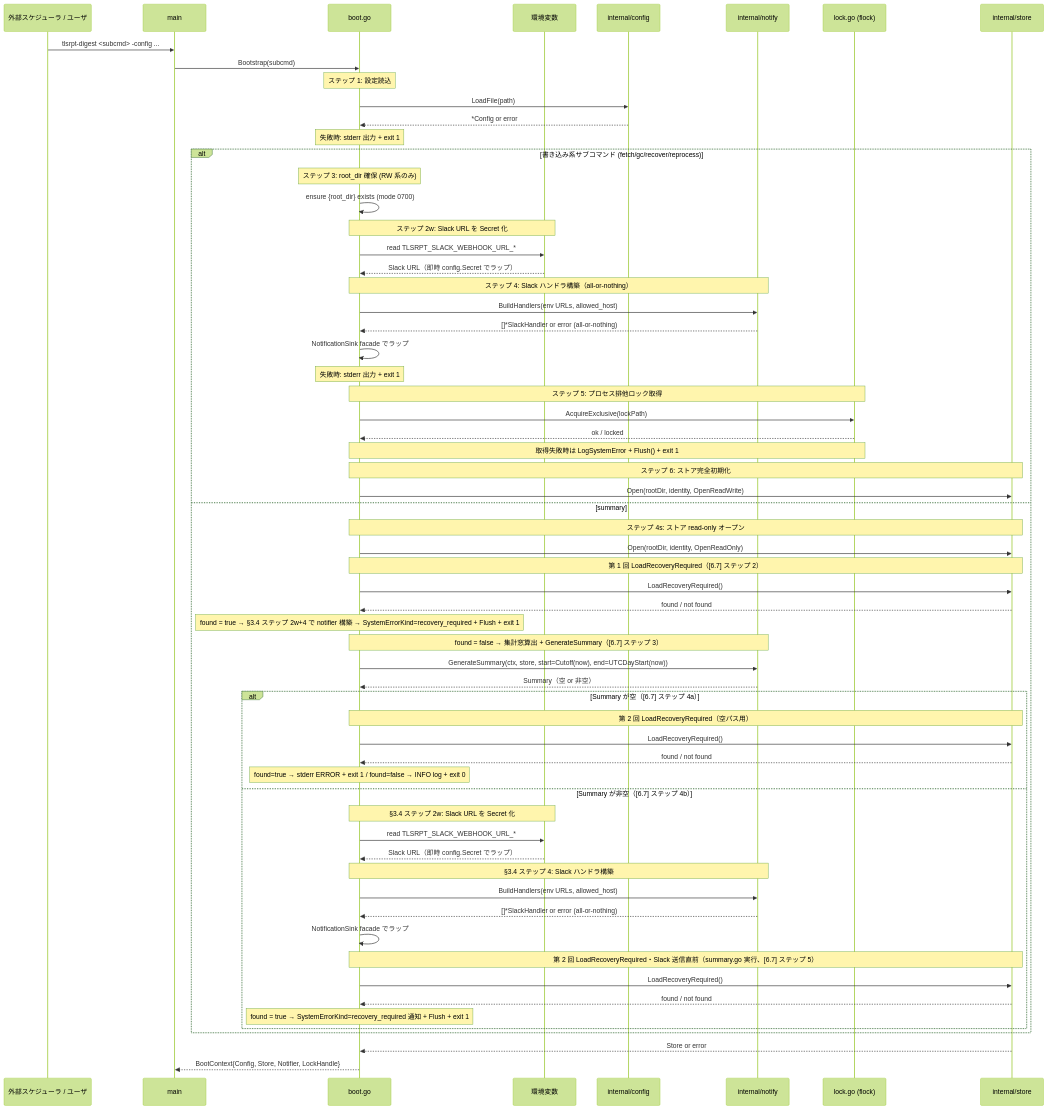
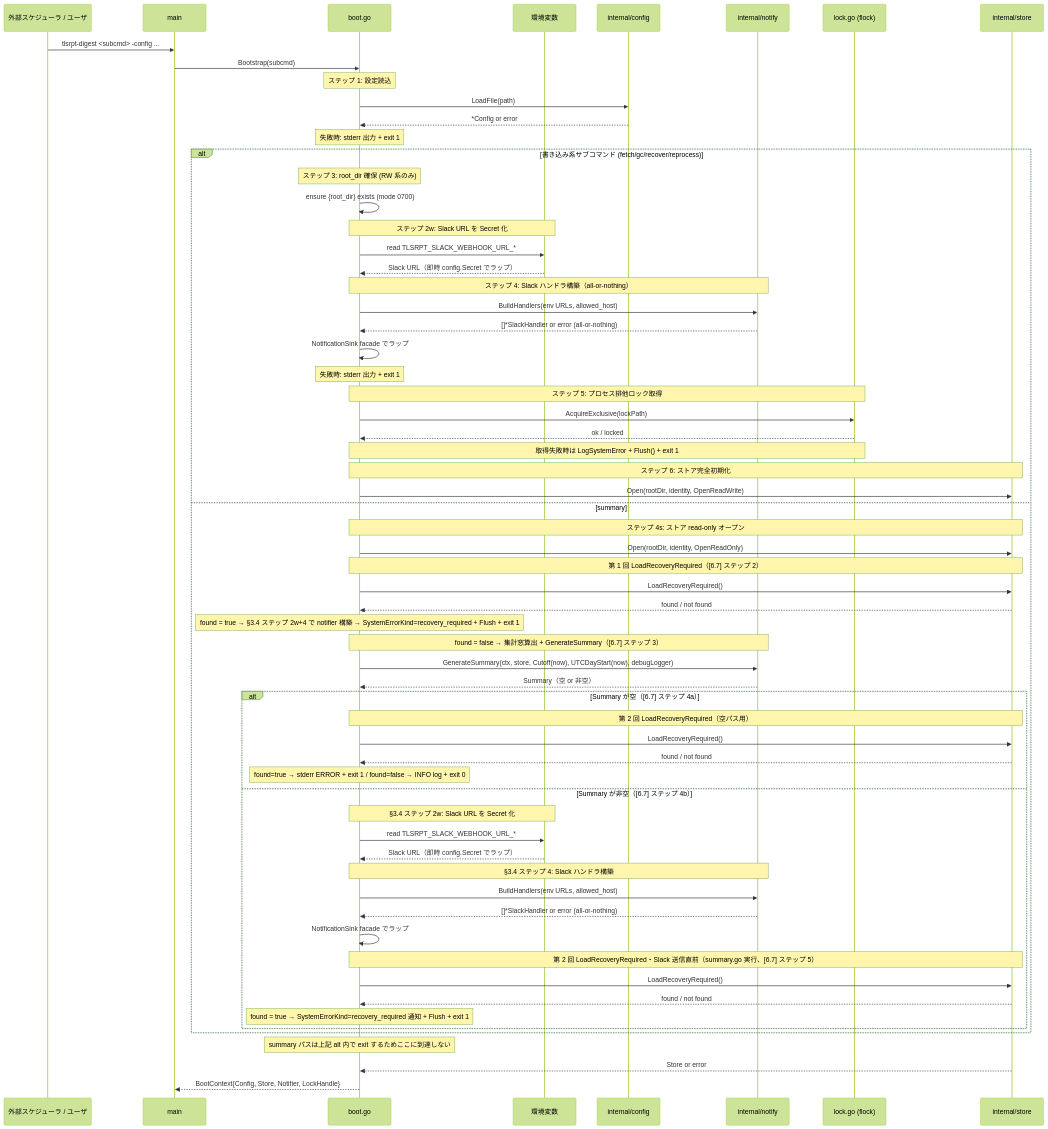
The fifth of 12 diagrams in docs/tasks/0070_entrypoint/02_architecture.md (isseis/tlsrpt-digest), drawn with Mermaid (forest theme) before and after one commit. The commit also changed other lines of this file, not shown here.

Commit message:
docs(task 0070): fix minor issues found in pass-4 review
- §2.2: add Note that summary path exits inside the inner alt block
  and never reaches the outer S-->>B / B-->>M lines
- §2.2: add debugLogger to GenerateSummary call (was missing vs §6.7)
- §2.2 caption: extend B-as-proxy disclaimer to cover GenerateSummary
  and non-empty notifier construction (both are summary.go operations)
- §3.4 table: add "ステップ 4s" row for summary's OpenReadOnly step,
  which was referenced in §2.2 but had no table entry

````diff
--- a/docs/tasks/0070_entrypoint/02_architecture.md
+++ b/docs/tasks/0070_entrypoint/02_architecture.md
@@ -179,66 +179,67 @@
 ```mermaid
 sequenceDiagram
     participant U as 外部スケジューラ / ユーザ
     participant M as main
     participant B as boot.go
     participant ENV as 環境変数
     participant CFG as internal/config
     participant N as internal/notify
     participant L as lock.go (flock)
     participant S as internal/store
 
     U->>M: tlsrpt-digest <subcmd> -config ...
     M->>B: Bootstrap(subcmd)
     Note over B: ステップ 1: 設定読込
     B->>CFG: LoadFile(path)
     CFG-->>B: *Config or error
     Note over B: 失敗時: stderr 出力 + exit 1
     alt 書き込み系サブコマンド (fetch/gc/recover/reprocess)
         Note over B: ステップ 3: root_dir 確保 (RW 系のみ)
         B->>B: ensure {root_dir} exists (mode 0700)
         Note over B,ENV: ステップ 2w: Slack URL を Secret 化
         B->>ENV: read TLSRPT_SLACK_WEBHOOK_URL_*
         ENV-->>B: Slack URL（即時 config.Secret でラップ）
         Note over B,N: ステップ 4: Slack ハンドラ構築（all-or-nothing）
         B->>N: BuildHandlers(env URLs, allowed_host)
         N-->>B: []*SlackHandler or error (all-or-nothing)
         B->>B: NotificationSink facade でラップ
         Note over B: 失敗時: stderr 出力 + exit 1
         Note over B,L: ステップ 5: プロセス排他ロック取得
         B->>L: AcquireExclusive(lockPath)
         L-->>B: ok / locked
         Note over B,L: 取得失敗時は LogSystemError + Flush() + exit 1
         Note over B,S: ステップ 6: ストア完全初期化
         B->>S: Open(rootDir, identity, OpenReadWrite)
     else summary
         Note over B,S: ステップ 4s: ストア read-only オープン
         B->>S: Open(rootDir, identity, OpenReadOnly)
         Note over B,S: 第 1 回 LoadRecoveryRequired（[6.7] ステップ 2）
         B->>S: LoadRecoveryRequired()
         S-->>B: found / not found
         Note over B: found = true → §3.4 ステップ 2w+4 で notifier 構築 → SystemErrorKind=recovery_required + Flush + exit 1
         Note over B,N: found = false → 集計窓算出 + GenerateSummary（[6.7] ステップ 3）
-        B->>N: GenerateSummary(ctx, store, start=Cutoff(now), end=UTCDayStart(now))
+        B->>N: GenerateSummary(ctx, store, Cutoff(now), UTCDayStart(now), debugLogger)
         N-->>B: Summary（空 or 非空）
         alt Summary が空（[6.7] ステップ 4a）
             Note over B,S: 第 2 回 LoadRecoveryRequired（空パス用）
             B->>S: LoadRecoveryRequired()
             S-->>B: found / not found
             Note over B: found=true → stderr ERROR + exit 1  /  found=false → INFO log + exit 0
         else Summary が非空（[6.7] ステップ 4b）
             Note over B,ENV: §3.4 ステップ 2w: Slack URL を Secret 化
             B->>ENV: read TLSRPT_SLACK_WEBHOOK_URL_*
             ENV-->>B: Slack URL（即時 config.Secret でラップ）
             Note over B,N: §3.4 ステップ 4: Slack ハンドラ構築
             B->>N: BuildHandlers(env URLs, allowed_host)
             N-->>B: []*SlackHandler or error (all-or-nothing)
             B->>B: NotificationSink facade でラップ
             Note over B,S: 第 2 回 LoadRecoveryRequired・Slack 送信直前（summary.go 実行、[6.7] ステップ 5）
             B->>S: LoadRecoveryRequired()
             S-->>B: found / not found
             Note over B: found = true → SystemErrorKind=recovery_required 通知 + Flush + exit 1
         end
     end
+    Note over B: summary パスは上記 alt 内で exit するためここに到達しない
     S-->>B: Store or error
     B-->>M: BootContext{Config, Store, Notifier, LockHandle}
 ```
````
